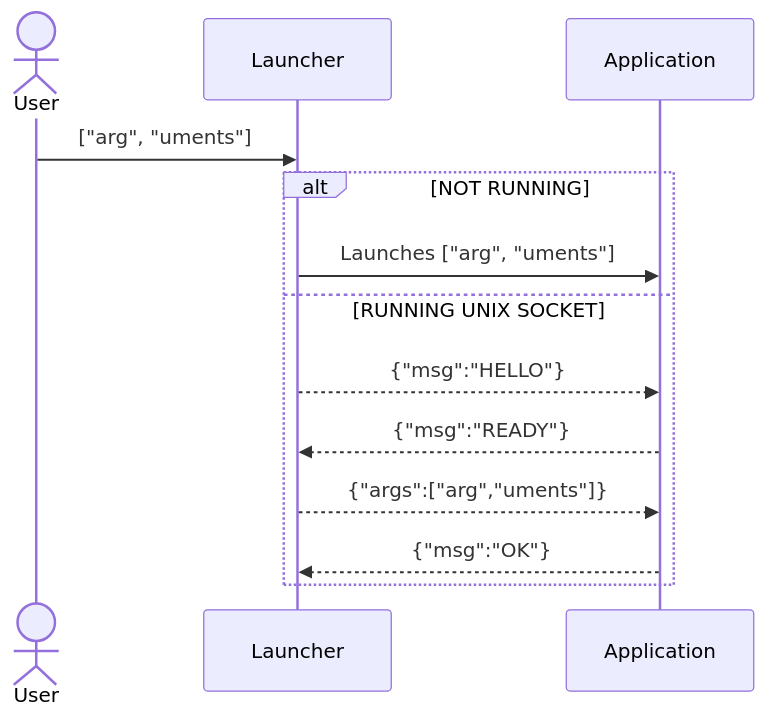
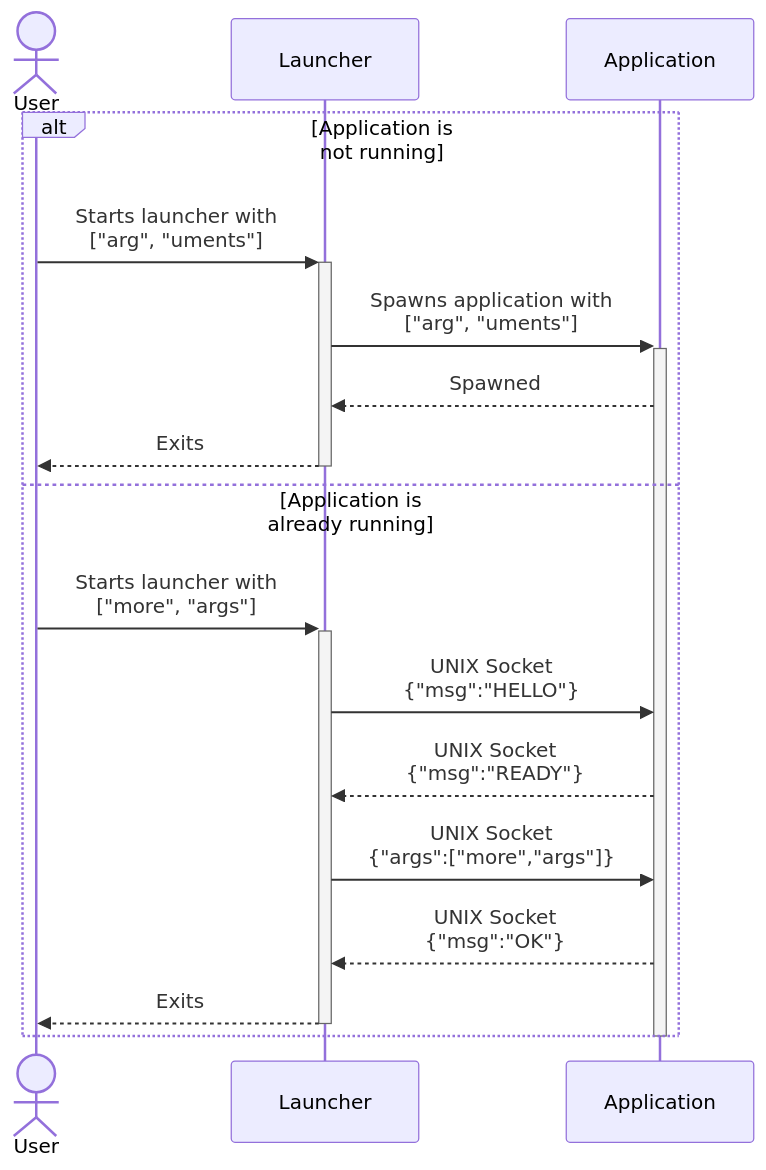
Before and after one commit to eskatos/zig-unix-socket-client: the diagram in README.md, drawn with Mermaid. The commit also changed 1 other file, not shown here.

Commit message:
Refine README

````diff
--- a/README.md
+++ b/README.md
@@ -18,15 +18,20 @@
 ```mermaid
 sequenceDiagram
     actor U as User
     participant L as Launcher
     participant A as Application
-    U->>L: ["arg", "uments"]
-    alt NOT RUNNING
-        L->>A: Launches ["arg", "uments"]
-    else RUNNING UNIX SOCKET
-        L-->>A: {"msg":"HELLO"}
-        A-->>L: {"msg":"READY"}
-        L-->>A: {"args":["arg","uments"]}
-        A-->>L: {"msg":"OK"}
+    alt Application is<br/>not running
+        U->>+L: Starts launcher with<br/>["arg", "uments"]
+        L->>+A: Spawns application with<br/>["arg", "uments"]
+        A-->>L: Spawned
+        L-->>-U: Exits
+    else Application is<br/>already running
+        U->>+L: Starts launcher with<br/>["more", "args"]
+        L->>A: UNIX Socket<br/>{"msg":"HELLO"}
+        A-->>L: UNIX Socket<br/>{"msg":"READY"}
+        L->>A: UNIX Socket<br/>{"args":["more","args"]}
+        A-->>L: UNIX Socket<br/>{"msg":"OK"}
+        L-->>-U: Exits
     end
+    deactivate A
 ```
````
